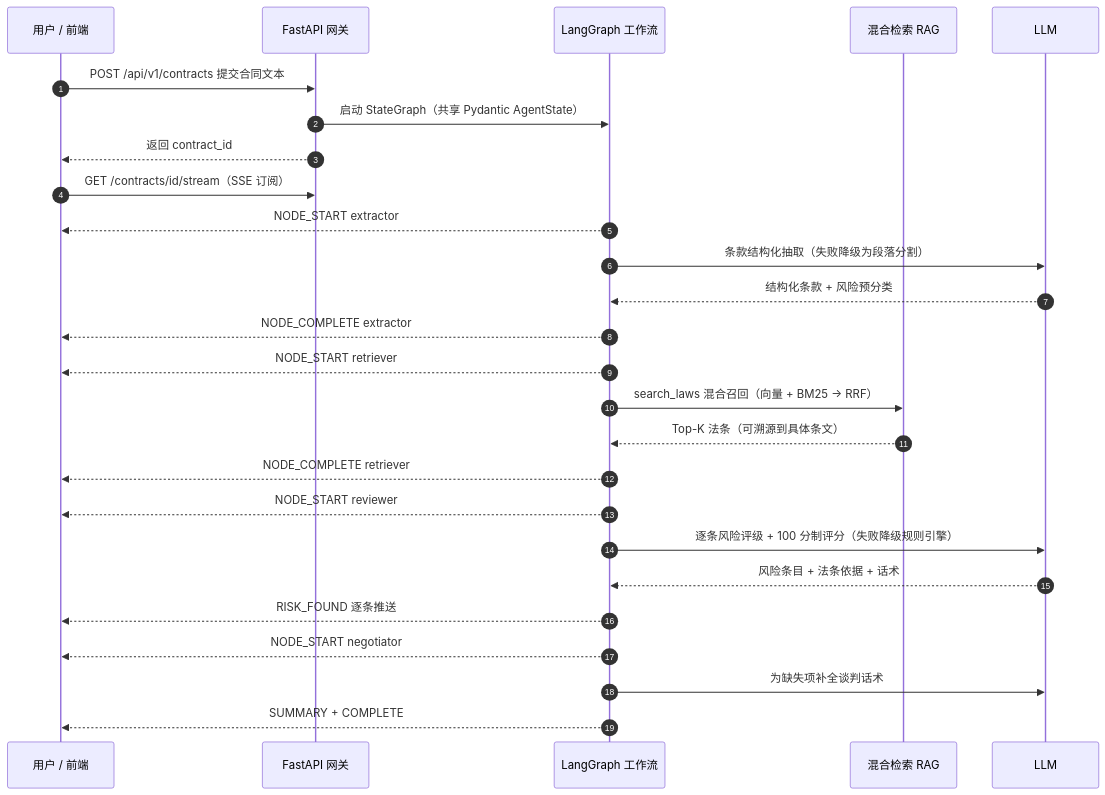
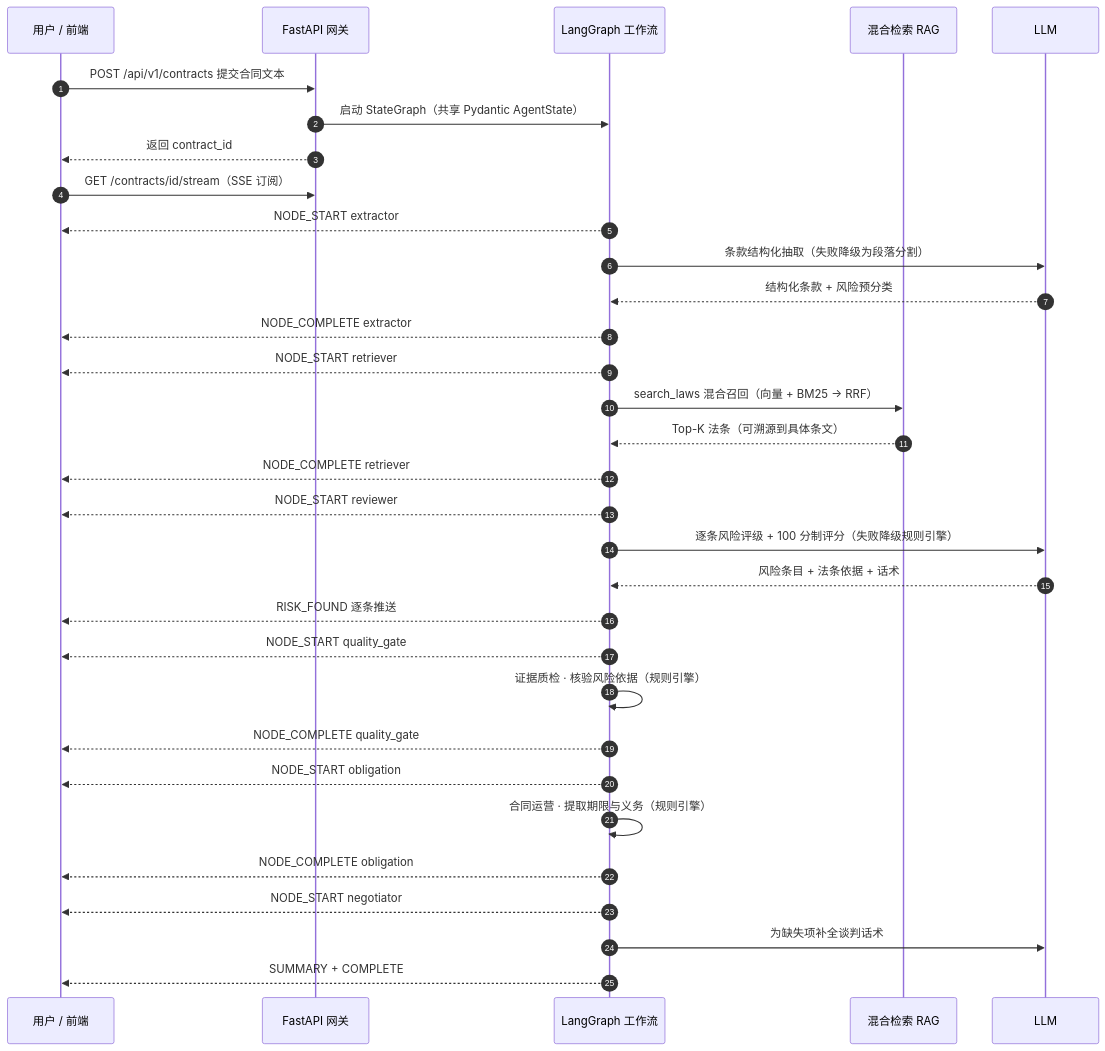
Before and after one commit to SFANBLOG/lumos: the second of 2 diagrams in README.md, drawn with Mermaid. The commit also changed other lines of this file, not shown here.

Commit message:
docs(README): 工作流口径 4 节点→6 节点，对齐 graph.py（补 quality_gate/obligation 到 §2/§4/§5架构图/§5.1时序图/§6.1）

````diff
--- a/README.md
+++ b/README.md
@@ -164,33 +166,41 @@
 ```mermaid
 sequenceDiagram
     autonumber
     participant U as 用户 / 前端
     participant API as FastAPI 网关
     participant G as LangGraph 工作流
     participant R as 混合检索 RAG
     participant L as LLM
 
     U->>API: POST /api/v1/contracts 提交合同文本
     API->>G: 启动 StateGraph（共享 Pydantic AgentState）
     API-->>U: 返回 contract_id
 
     U->>API: GET /contracts/id/stream（SSE 订阅）
     G-->>U: NODE_START extractor
     G->>L: 条款结构化抽取（失败降级为段落分割）
     L-->>G: 结构化条款 + 风险预分类
     G-->>U: NODE_COMPLETE extractor
 
     G-->>U: NODE_START retriever
     G->>R: search_laws 混合召回（向量 + BM25 → RRF）
     R-->>G: Top-K 法条（可溯源到具体条文）
     G-->>U: NODE_COMPLETE retriever
 
     G-->>U: NODE_START reviewer
     G->>L: 逐条风险评级 + 100 分制评分（失败降级规则引擎）
     L-->>G: 风险条目 + 法条依据 + 话术
     G-->>U: RISK_FOUND 逐条推送
 
+    G-->>U: NODE_START quality_gate
+    G->>G: 证据质检 · 核验风险依据（规则引擎）
+    G-->>U: NODE_COMPLETE quality_gate
+
+    G-->>U: NODE_START obligation
+    G->>G: 合同运营 · 提取期限与义务（规则引擎）
+    G-->>U: NODE_COMPLETE obligation
+
     G-->>U: NODE_START negotiator
     G->>L: 为缺失项补全谈判话术
     G-->>U: SUMMARY + COMPLETE
 ```
````
